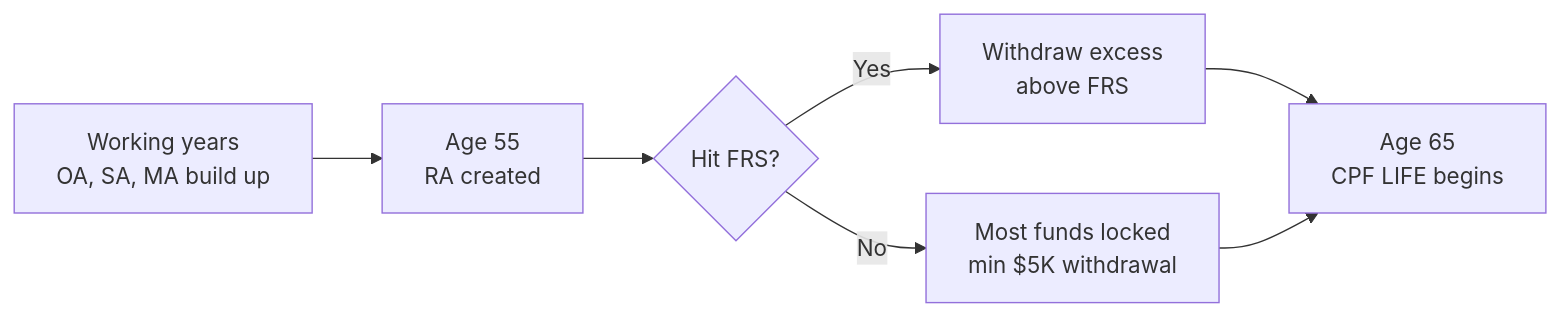
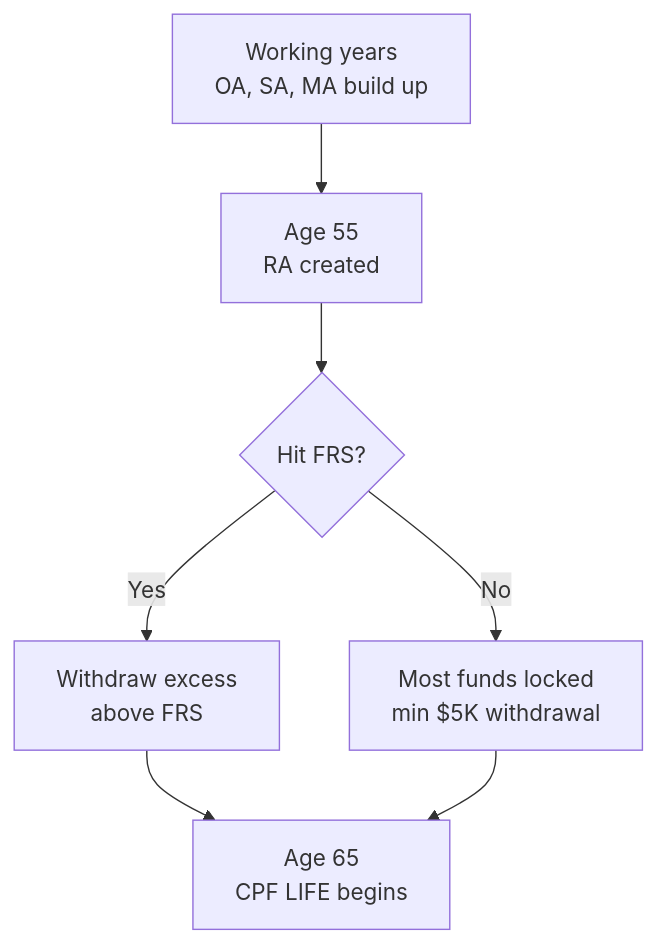
One commit to leotansingapore/aia-product-compass-hub changed the diagram in docs/first-60-days/week-6/day-33.md. Above: the diagram before and after it, drawn with Mermaid. The commit also changed 56 other files, not shown here.

Commit message:
Readability pass across first-60-days: styled HTML to tables/diagrams, cleaner formatting, no leaked metadata

````diff
--- a/docs/first-60-days/week-6/day-33.md
+++ b/docs/first-60-days/week-6/day-33.md
@@ -121,8 +121,9 @@
 ```mermaid
-flowchart LR
+flowchart TD
     A["Working years<br/>OA, SA, MA build up"] --> B["Age 55<br/>RA created"]
     B --> C{"Hit FRS?"}
     C -->|"Yes"| D["Withdraw excess<br/>above FRS"]
     C -->|"No"| E["Most funds locked<br/>min $5K withdrawal"]
-    D & E --> F["Age 65<br/>CPF LIFE begins"]
+    D --> F["Age 65<br/>CPF LIFE begins"]
+    E --> F
 ```
````
